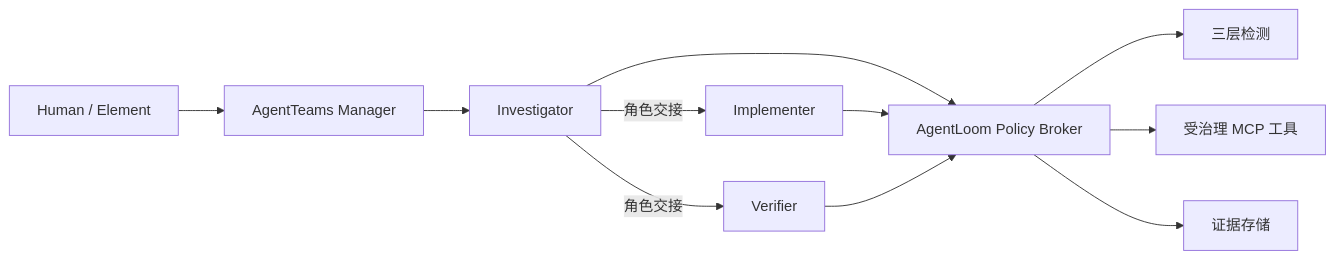
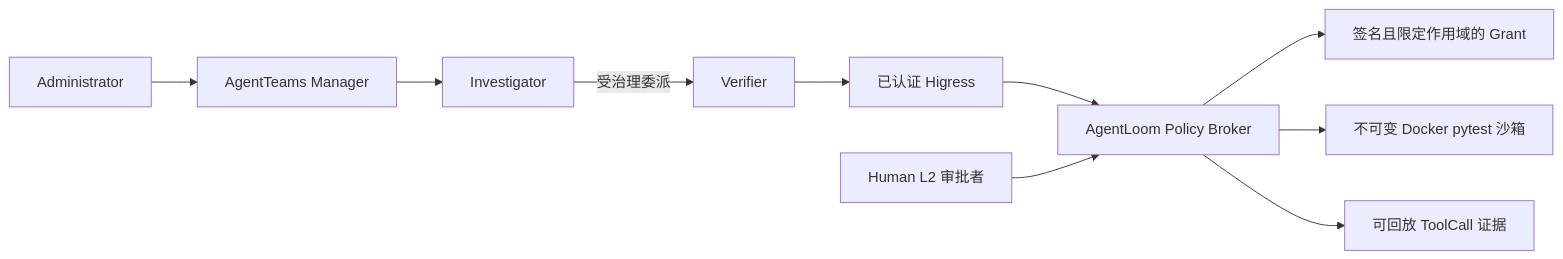
Before and after one commit to WilliamClifton-dev/AgentLoom: the diagram in README.zh-CN.md, drawn with Mermaid. The commit also changed other lines of this file and 124 other files, not shown here.

````diff
--- a/README.zh-CN.md
+++ b/README.zh-CN.md
@@ -30,13 +44,12 @@
 ```mermaid
 flowchart LR
-    Human["Human / Element"] --> Manager["AgentTeams Manager"]
+    Administrator["Administrator"] --> Manager["AgentTeams Manager"]
     Manager --> Investigator["Investigator"]
-    Investigator -->|"角色交接"| Implementer["Implementer"]
-    Investigator -->|"角色交接"| Verifier["Verifier"]
-    Investigator --> Broker["AgentLoom Policy Broker"]
-    Implementer --> Broker
-    Verifier --> Broker
-    Broker --> Detect["三层检测"]
-    Broker --> MCP["受治理 MCP 工具"]
-    Broker --> Evidence["证据存储"]
+    Investigator -->|"受治理委派"| Verifier["Verifier"]
+    Verifier --> Higress["已认证 Higress"]
+    Higress --> Broker["AgentLoom Policy Broker"]
+    Broker --> Grant["签名且限定作用域的 Grant"]
+    Broker --> Sandbox["不可变 Docker pytest 沙箱"]
+    Broker --> Evidence["可回放 ToolCall 证据"]
+    Human["Human L2 审批者"] --> Broker
 ```
````
